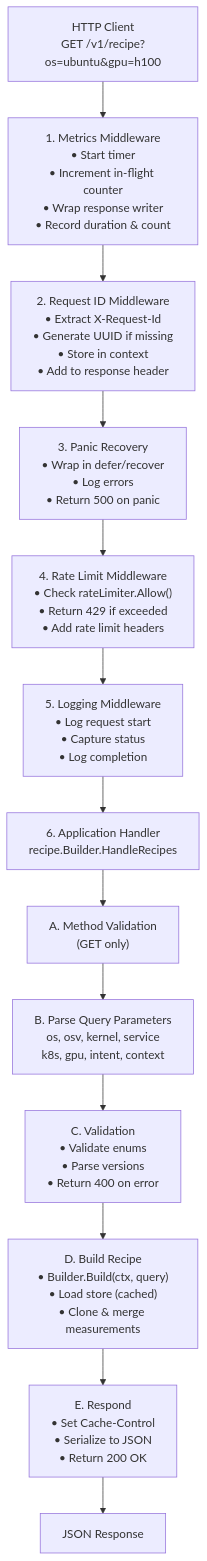
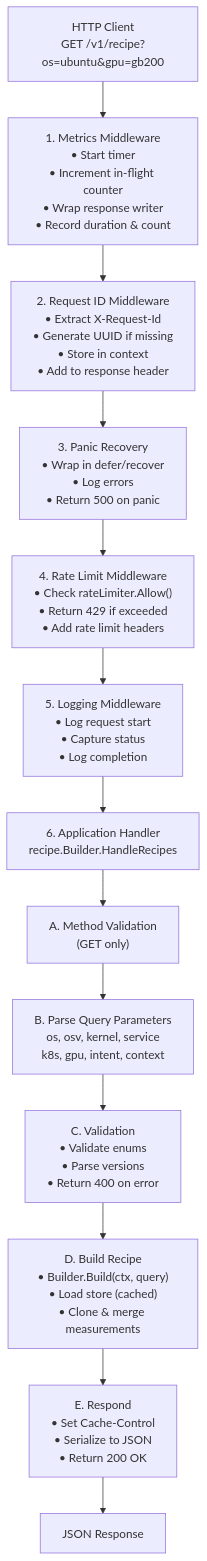
The second of 4 diagrams in docs/architecture/api-server.md (dims/cloud-native-stack), drawn with Mermaid before and after one commit. The commit also changed other lines of this file and 31 other files, not shown here.

````diff
--- a/docs/architecture/api-server.md
+++ b/docs/architecture/api-server.md
@@ -67,24 +67,24 @@
 ```mermaid
 flowchart TD
-    A["HTTP Client<br/>GET /v1/recipe?os=ubuntu&gpu=h100"] --> M1
+    A["HTTP Client<br/>GET /v1/recipe?os=ubuntu&gpu=gb200"] --> M1
     
     M1["1. Metrics Middleware<br/>• Start timer<br/>• Increment in-flight counter<br/>• Wrap response writer<br/>• Record duration & count"] --> M2
     
     M2["2. Request ID Middleware<br/>• Extract X-Request-Id<br/>• Generate UUID if missing<br/>• Store in context<br/>• Add to response header"] --> M3
     
     M3["3. Panic Recovery<br/>• Wrap in defer/recover<br/>• Log errors<br/>• Return 500 on panic"] --> M4
     
     M4["4. Rate Limit Middleware<br/>• Check rateLimiter.Allow()<br/>• Return 429 if exceeded<br/>• Add rate limit headers"] --> M5
     
     M5["5. Logging Middleware<br/>• Log request start<br/>• Capture status<br/>• Log completion"] --> H
     
     H["6. Application Handler<br/>recipe.Builder.HandleRecipes"] --> H1
     
     H1["A. Method Validation<br/>(GET only)"] --> H2
     H2["B. Parse Query Parameters<br/>os, osv, kernel, service<br/>k8s, gpu, intent, context"] --> H3
     H3["C. Validation<br/>• Validate enums<br/>• Parse versions<br/>• Return 400 on error"] --> H4
     H4["D. Build Recipe<br/>• Builder.Build(ctx, query)<br/>• Load store (cached)<br/>• Clone & merge measurements"] --> H5
     H5["E. Respond<br/>• Set Cache-Control<br/>• Serialize to JSON<br/>• Return 200 OK"] --> Z
     
     Z[JSON Response]
 ```
````
